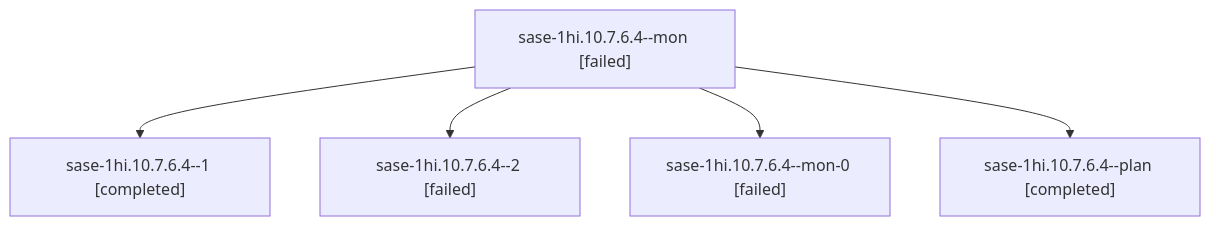
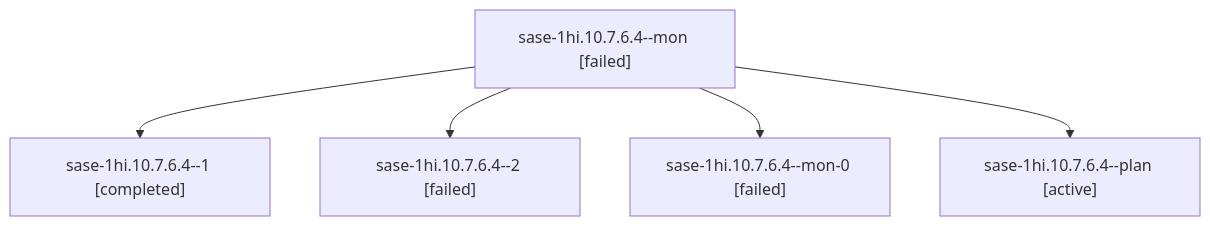
The diagram in sessions/bbugyi200.apollo.sase-1hi.10.7.6.4.md (sase-org/sase--agents), drawn with Mermaid before and after one commit. The commit also changed other lines of this file and 330 other files, not shown here.

````diff
--- a/sessions/bbugyi200.apollo.sase-1hi.10.7.6.4.md
+++ b/sessions/bbugyi200.apollo.sase-1hi.10.7.6.4.md
@@ -9,12 +9,12 @@
 ```mermaid
 flowchart TD
   n0["sase-1hi.10.7.6.4--mon [failed]"]
   n1["sase-1hi.10.7.6.4--1 [completed]"]
   n0 --> n1
   n2["sase-1hi.10.7.6.4--2 [failed]"]
   n0 --> n2
   n3["sase-1hi.10.7.6.4--mon-0 [failed]"]
   n0 --> n3
-  n4["sase-1hi.10.7.6.4--plan [completed]"]
+  n4["sase-1hi.10.7.6.4--plan [active]"]
   n0 --> n4
 ```
````
